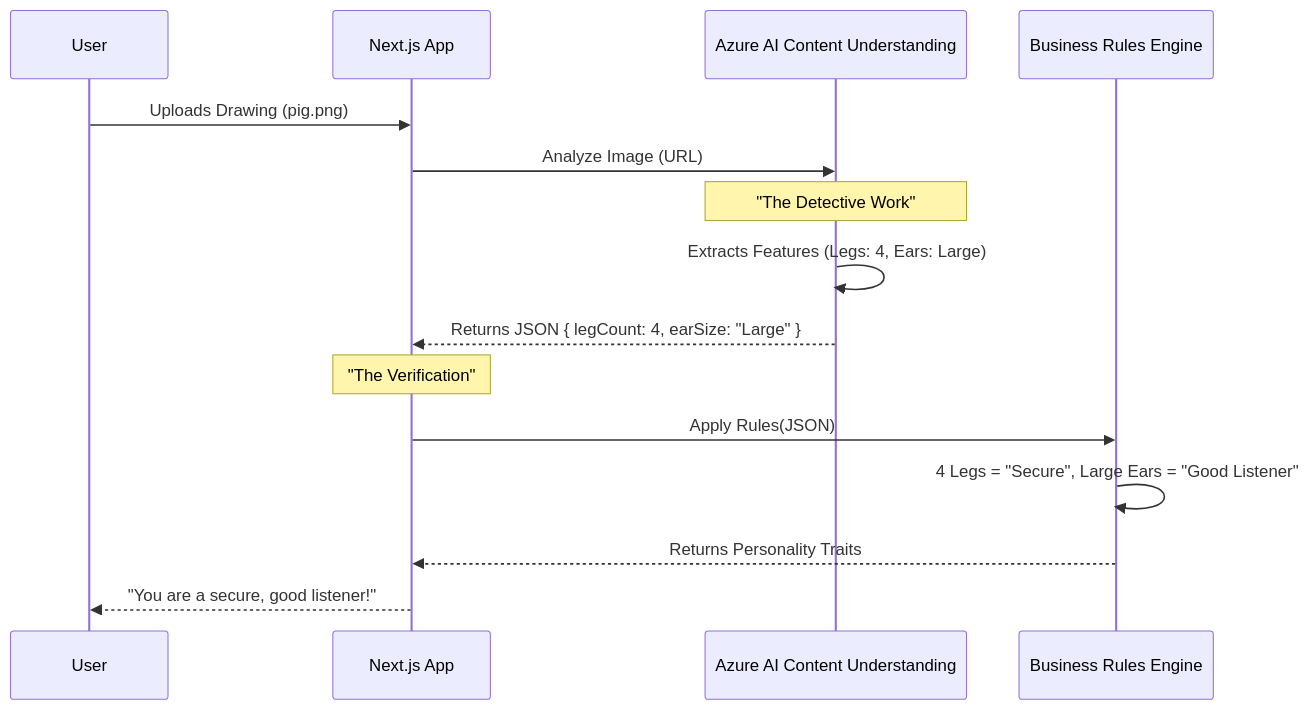
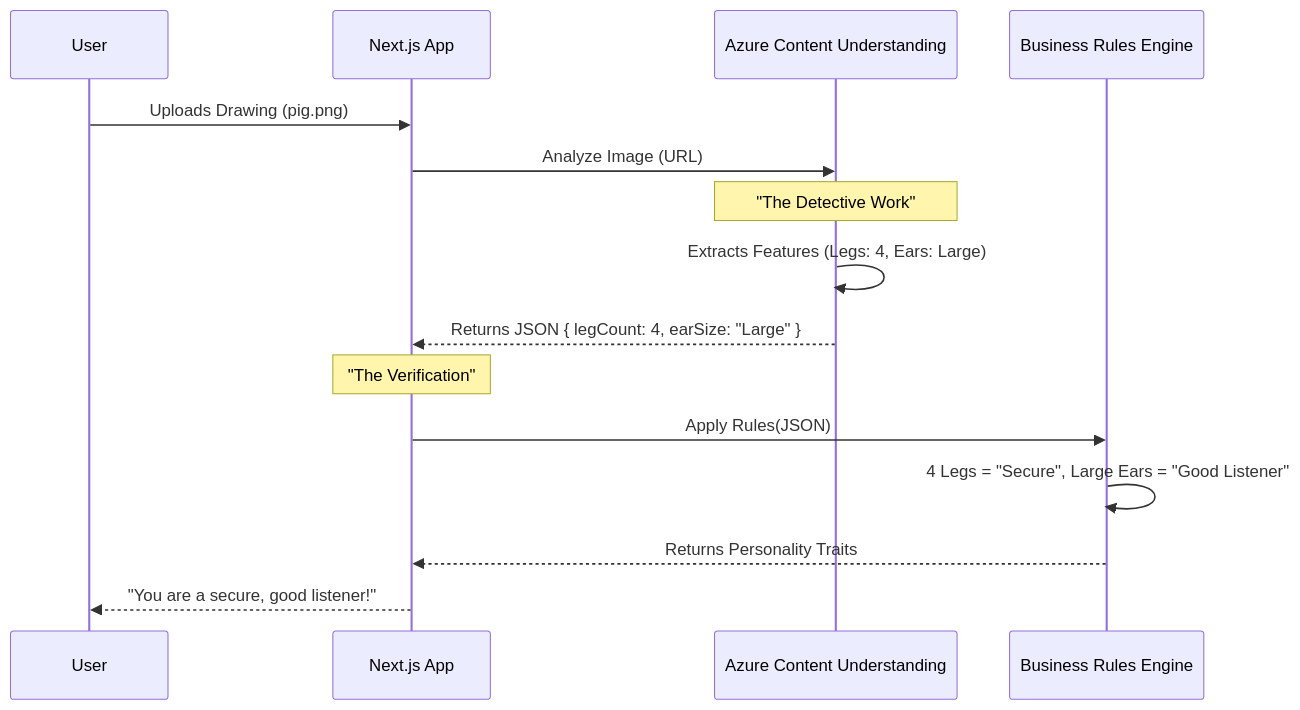
Before and after one commit to rondagdag/pig-personality-test: the first of 2 diagrams in docs/article/insights-from-unstructured-data.md, drawn with Mermaid. The commit also changed other lines of this file, not shown here.

Commit message:
fix: Update article title and references from Azure AI Content Understanding to Azure Content Understanding

````diff
--- a/docs/article/insights-from-unstructured-data.md
+++ b/docs/article/insights-from-unstructured-data.md
@@ -30,19 +30,19 @@
 ```mermaid
 sequenceDiagram
     participant User
     participant App as Next.js App
-    participant Azure as Azure AI Content Understanding
+    participant Azure as Azure Content Understanding
     participant Logic as Business Rules Engine
 
     User->>App: Uploads Drawing (pig.png)
     App->>Azure: Analyze Image (URL)
     Note over Azure: "The Detective Work"
     Azure->>Azure: Extracts Features (Legs: 4, Ears: Large)
     Azure-->>App: Returns JSON { legCount: 4, earSize: "Large" }
     
     Note over App: "The Verification"
     App->>Logic: Apply Rules(JSON)
     Logic->>Logic: 4 Legs = "Secure", Large Ears = "Good Listener"
     Logic-->>App: Returns Personality Traits
     App-->>User: "You are a secure, good listener!"
 ```
````
